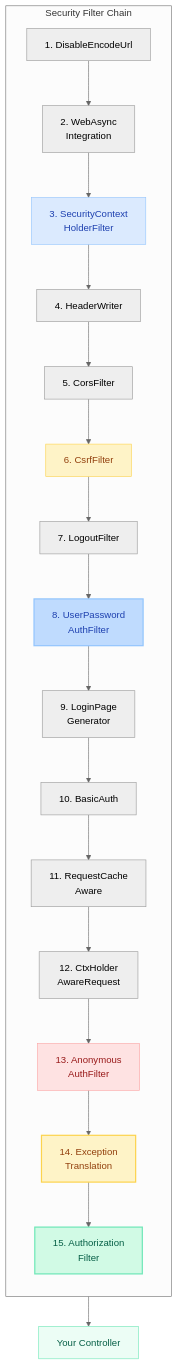
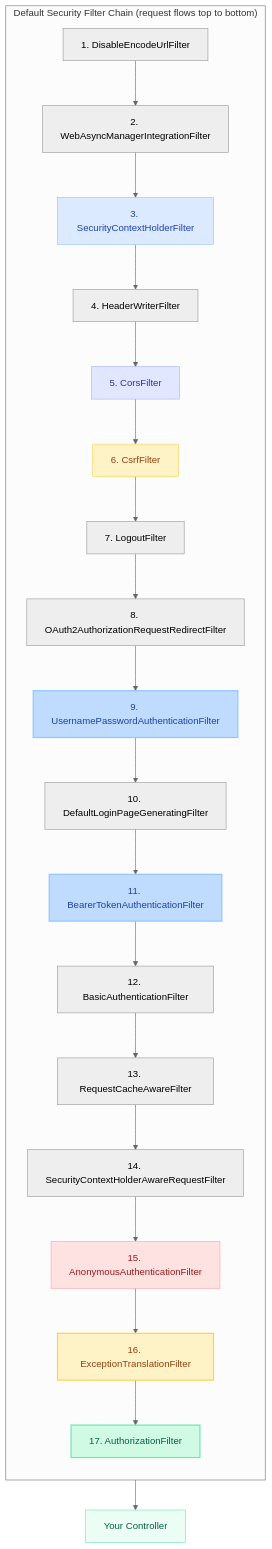
The third of 11 diagrams in docs/springboot/security-filter-chain.md (saivamsikaruturi/vamsilabs-dev-notes-main), drawn with Mermaid (neutral theme) before and after one commit. The commit also changed other lines of this file and 21 other files, not shown here.

````diff
--- a/docs/springboot/security-filter-chain.md
+++ b/docs/springboot/security-filter-chain.md
@@ -181,30 +163,34 @@
 ```mermaid
 flowchart TB
-    subgraph chain["Security Filter Chain"]
+    subgraph chain["Default Security Filter Chain (request flows top to bottom)"]
         direction TB
-        F1["1. DisableEncodeUrl"] --> F2["2. WebAsync<br/>Integration"]
-        F2 --> F3["3. SecurityContext<br/>HolderFilter"]
-        F3 --> F4["4. HeaderWriter"]
+        F1["1. DisableEncodeUrlFilter"] --> F2["2. WebAsyncManagerIntegrationFilter"]
+        F2 --> F3["3. SecurityContextHolderFilter"]
+        F3 --> F4["4. HeaderWriterFilter"]
         F4 --> F5["5. CorsFilter"]
         F5 --> F6["6. CsrfFilter"]
         F6 --> F7["7. LogoutFilter"]
-        F7 --> F8["8. UserPassword<br/>AuthFilter"]
-        F8 --> F9["9. LoginPage<br/>Generator"]
-        F9 --> F11["10. BasicAuth"]
-        F11 --> F12["11. RequestCache<br/>Aware"]
-        F12 --> F13["12. CtxHolder<br/>AwareRequest"]
-        F13 --> F14["13. Anonymous<br/>AuthFilter"]
-        F14 --> F15["14. Exception<br/>Translation"]
-        F15 --> F16["15. Authorization<br/>Filter"]
+        F7 --> F8["8. OAuth2AuthorizationRequestRedirectFilter"]
+        F8 --> F9["9. UsernamePasswordAuthenticationFilter"]
+        F9 --> F10["10. DefaultLoginPageGeneratingFilter"]
+        F10 --> F11["11. BearerTokenAuthenticationFilter"]
+        F11 --> F12["12. BasicAuthenticationFilter"]
+        F12 --> F13["13. RequestCacheAwareFilter"]
+        F13 --> F14["14. SecurityContextHolderAwareRequestFilter"]
+        F14 --> F15["15. AnonymousAuthenticationFilter"]
+        F15 --> F16["16. ExceptionTranslationFilter"]
+        F16 --> F17["17. AuthorizationFilter"]
     end
 
-    F16 --> Ctrl["Your Controller"]
+    F17 --> Ctrl["Your Controller"]
 
     style F3 fill:#DBEAFE,stroke:#93C5FD,color:#1E40AF
+    style F5 fill:#E0E7FF,stroke:#A5B4FC,color:#3730A3
     style F6 fill:#FEF3C7,stroke:#FCD34D,color:#92400E
-    style F8 fill:#BFDBFE,stroke:#93C5FD,stroke-width:2px,color:#1E40AF
-    style F14 fill:#FEE2E2,stroke:#FCA5A5,color:#991B1B
-    style F15 fill:#FEF3C7,stroke:#FCD34D,stroke-width:2px,color:#92400E
-    style F16 fill:#D1FAE5,stroke:#6EE7B7,stroke-width:2px,color:#065F46
+    style F9 fill:#BFDBFE,stroke:#93C5FD,stroke-width:2px,color:#1E40AF
+    style F11 fill:#BFDBFE,stroke:#93C5FD,stroke-width:2px,color:#1E40AF
+    style F15 fill:#FEE2E2,stroke:#FCA5A5,color:#991B1B
+    style F16 fill:#FEF3C7,stroke:#FCD34D,stroke-width:2px,color:#92400E
+    style F17 fill:#D1FAE5,stroke:#6EE7B7,stroke-width:2px,color:#065F46
     style Ctrl fill:#ECFDF5,stroke:#6EE7B7,color:#065F46
 ```
````
